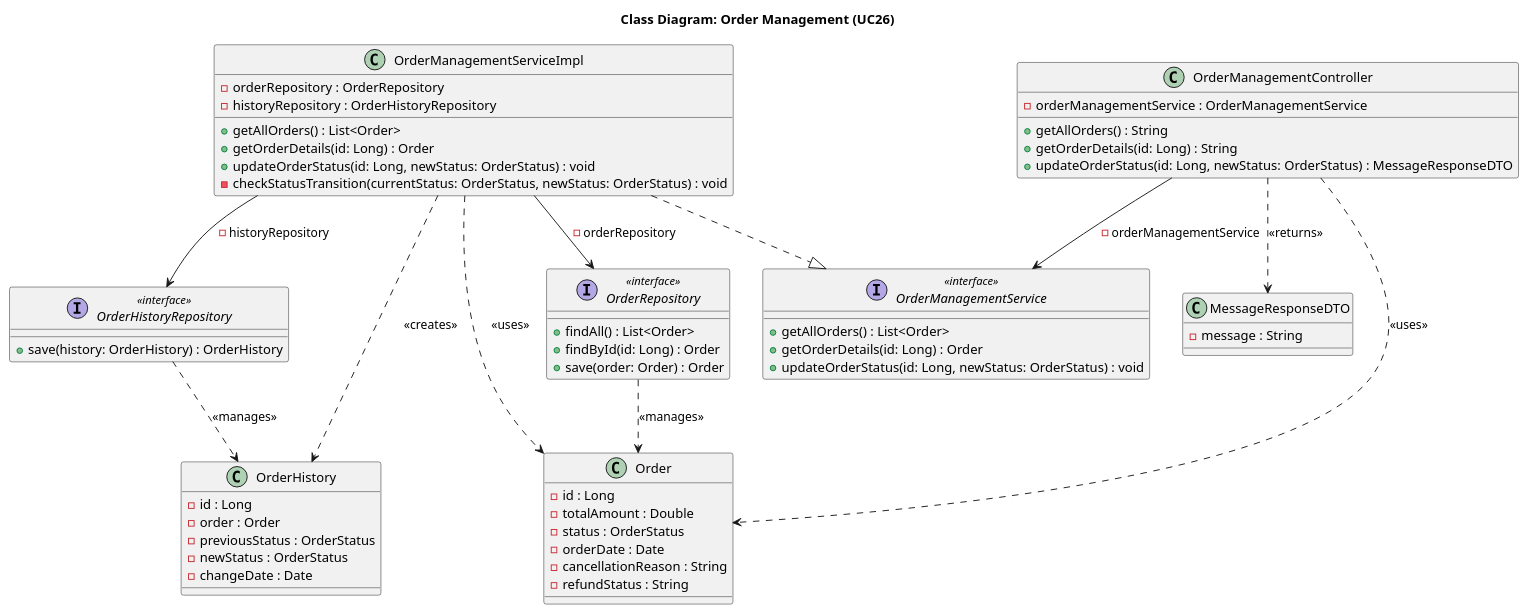
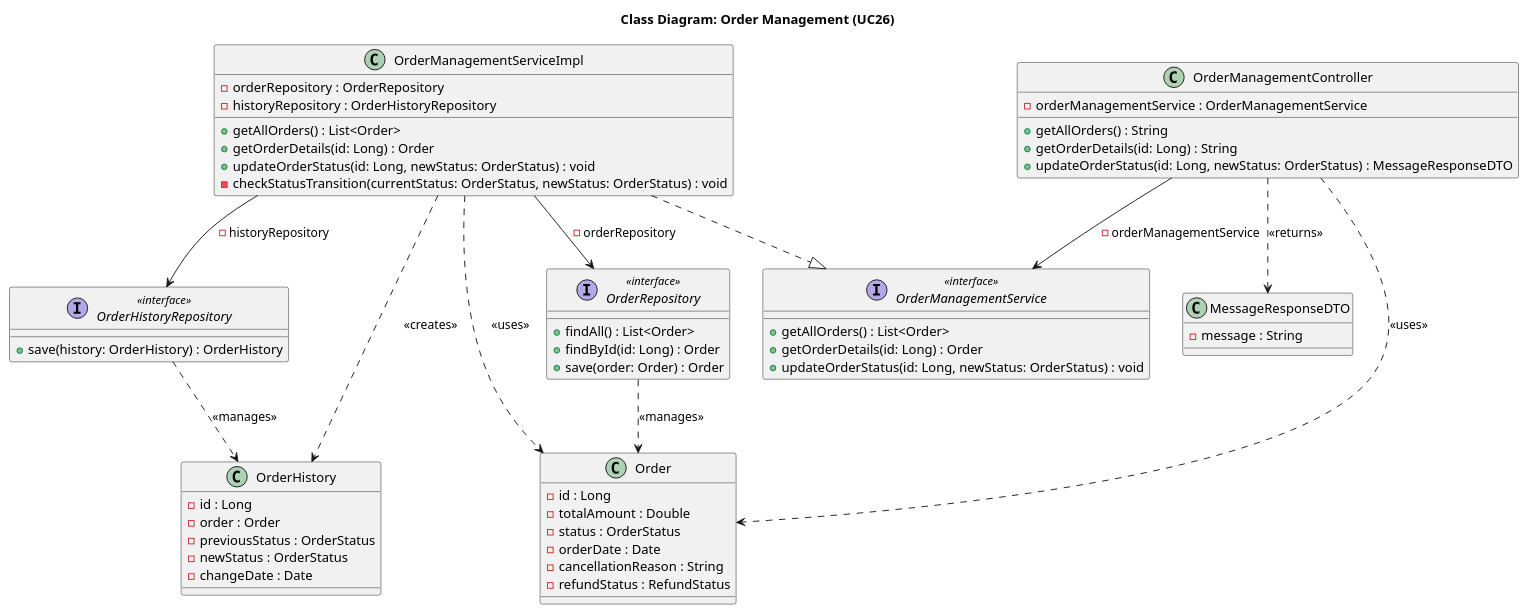
Before and after one commit to Peterdir/fashion-store-system: the diagram in src/main/java/org/example/fashionstoresystem/uml/Class/CD26_OrderManagement.puml, drawn with PlantUML. The commit also changed 37 other files, not shown here.

```diff
--- a/src/main/java/org/example/fashionstoresystem/uml/Class/CD26_OrderManagement.puml
+++ b/src/main/java/org/example/fashionstoresystem/uml/Class/CD26_OrderManagement.puml
@@ -1,83 +1,83 @@
 @startuml
 title Class Diagram: Order Management (UC26)
 
 ' Controller
 class OrderManagementController {
     - orderManagementService : OrderManagementService
     + getAllOrders() : String
     + getOrderDetails(id: Long) : String
     + updateOrderStatus(id: Long, newStatus: OrderStatus) : MessageResponseDTO
 }
 
 ' Service
 interface OrderManagementService <<interface>> {
     + getAllOrders() : List<Order>
     + getOrderDetails(id: Long) : Order
     + updateOrderStatus(id: Long, newStatus: OrderStatus) : void
 }
 
 class OrderManagementServiceImpl {
     - orderRepository : OrderRepository
     - historyRepository : OrderHistoryRepository
     + getAllOrders() : List<Order>
     + getOrderDetails(id: Long) : Order
     + updateOrderStatus(id: Long, newStatus: OrderStatus) : void
     - checkStatusTransition(currentStatus: OrderStatus, newStatus: OrderStatus) : void
 }
 
 ' Repository
 interface OrderRepository <<interface>> {
     + findAll() : List<Order>
     + findById(id: Long) : Order
     + save(order: Order) : Order
 }
 
 interface OrderHistoryRepository <<interface>> {
     + save(history: OrderHistory) : OrderHistory
 }
 
 ' DTO
 
 class MessageResponseDTO {
     - message : String
 }
 
 ' Entity
 
 class Order {
     - id : Long
     - totalAmount : Double
     - status : OrderStatus
     - orderDate : Date
     - cancellationReason : String
-    - refundStatus : String
+    - refundStatus : RefundStatus
 }
 
 class OrderHistory {
     - id : Long
     - order : Order
     - previousStatus : OrderStatus
     - newStatus : OrderStatus
     - changeDate : Date
 }
 
 ' Relationships
 
 ' Implementation
 OrderManagementServiceImpl ..|> OrderManagementService
 
 ' Dependency Injection
 OrderManagementController --> OrderManagementService : - orderManagementService
 OrderManagementServiceImpl --> OrderRepository : - orderRepository
 OrderManagementServiceImpl --> OrderHistoryRepository : - historyRepository
 
 ' Object Usage
 OrderManagementController ..> Order : <<uses>>
 OrderManagementController ..> MessageResponseDTO : <<returns>>
 OrderManagementServiceImpl ..> Order : <<uses>>
 OrderRepository ..> Order : <<manages>>
 
 OrderManagementServiceImpl ..> OrderHistory : <<creates>>
 OrderHistoryRepository ..> OrderHistory : <<manages>>
 
 @enduml
```
